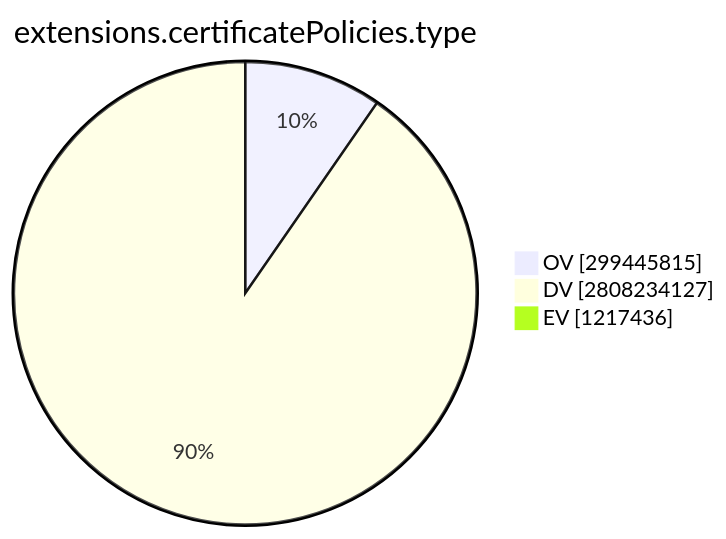
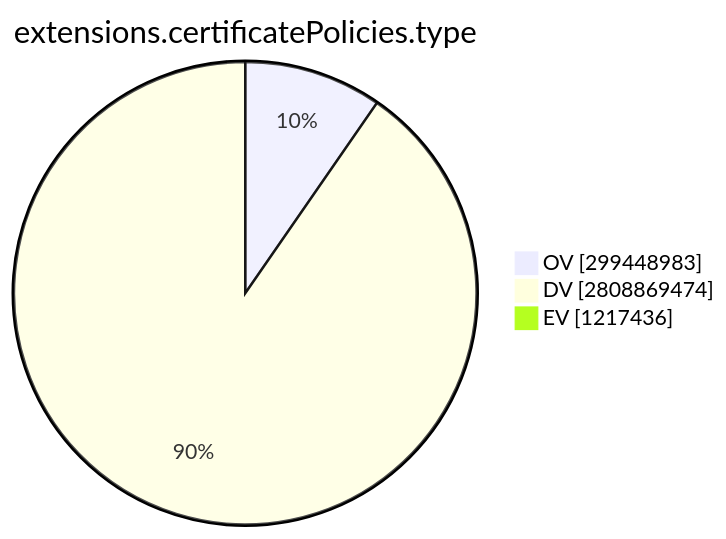
One commit to christiankrug/ctmonitor_visualization changed the ninth of 15 diagrams in TOTAL/README.md. Above: the diagram before and after it, drawn with Mermaid. The commit also changed other lines of this file, not shown here.

````diff
--- a/TOTAL/README.md
+++ b/TOTAL/README.md
@@ -3101,7 +3101,7 @@
 ```mermaid
 pie showData
 title extensions.certificatePolicies.type
-"OV" :299445815
-"DV" :2808234127
+"OV" :299448983
+"DV" :2808869474
 "EV" :1217436
 ```
````
